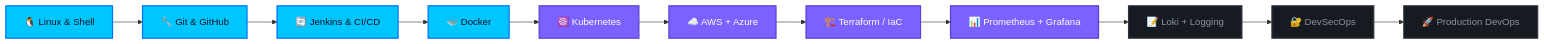
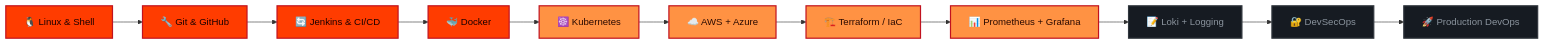
The diagram in README.md (yashasravi21/yashasravi21), drawn with Mermaid before and after one commit. The commit also changed other lines of this file, not shown here.

````diff
--- a/README.md
+++ b/README.md
@@ -130,21 +132,21 @@
 ```mermaid
 flowchart LR
     A["🐧 Linux &amp; Shell"] --> B["🔧 Git &amp; GitHub"]
     B --> C["🔄 Jenkins &amp; CI/CD"]
     C --> D["🐳 Docker"]
     D --> E["☸️ Kubernetes"]
     E --> F["☁️ AWS + Azure"]
     F --> G["🏗️ Terraform / IaC"]
     G --> H["📊 Prometheus + Grafana"]
     H --> I["📝 Loki + Logging"]
     I --> J["🔐 DevSecOps"]
     J --> K["🚀 Production DevOps"]
 
-    classDef done fill:#00C6FF,stroke:#0072FF,stroke-width:2px,color:#04121F
-    classDef learning fill:#7B61FF,stroke:#5B3FD6,stroke-width:2px,color:#FFFFFF
+    classDef done fill:#FF3C00,stroke:#C1121F,stroke-width:2px,color:#1A0000
+    classDef learning fill:#FF9243,stroke:#C1121F,stroke-width:2px,color:#2A0A00
     classDef next fill:#161B22,stroke:#30363D,stroke-width:2px,color:#8B949E
 
     class A,B,C,D done
     class E,F,G,H learning
     class I,J,K next
 ```
````
